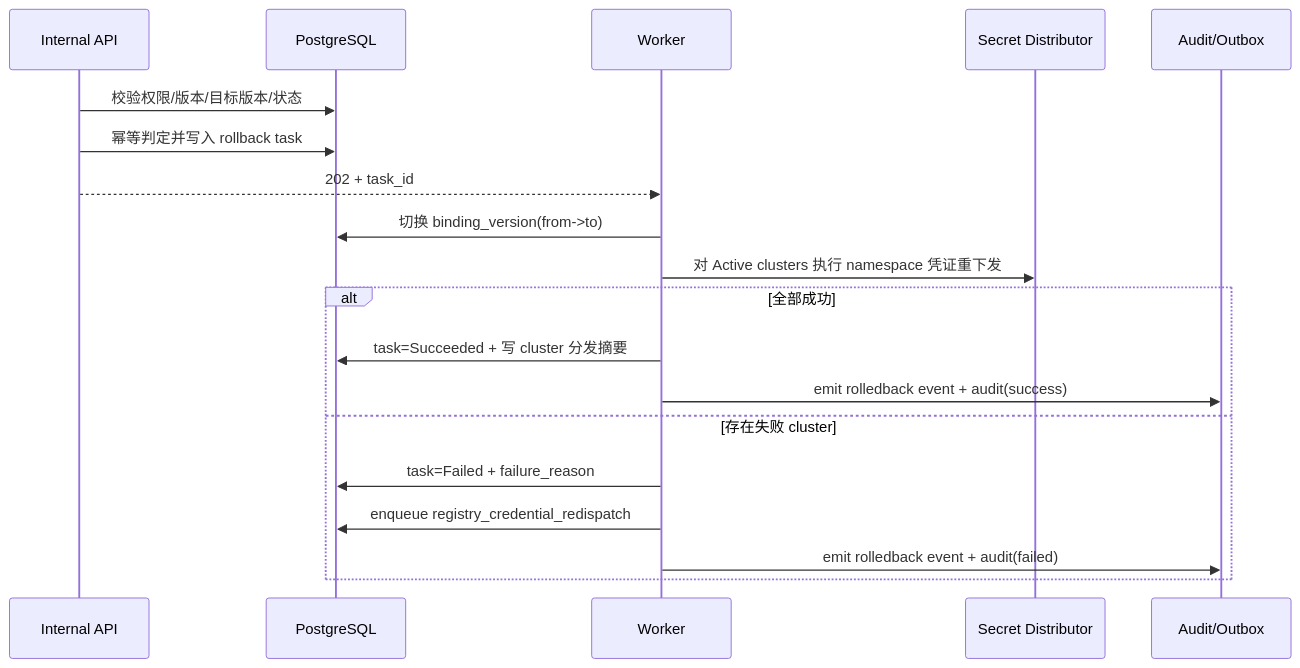
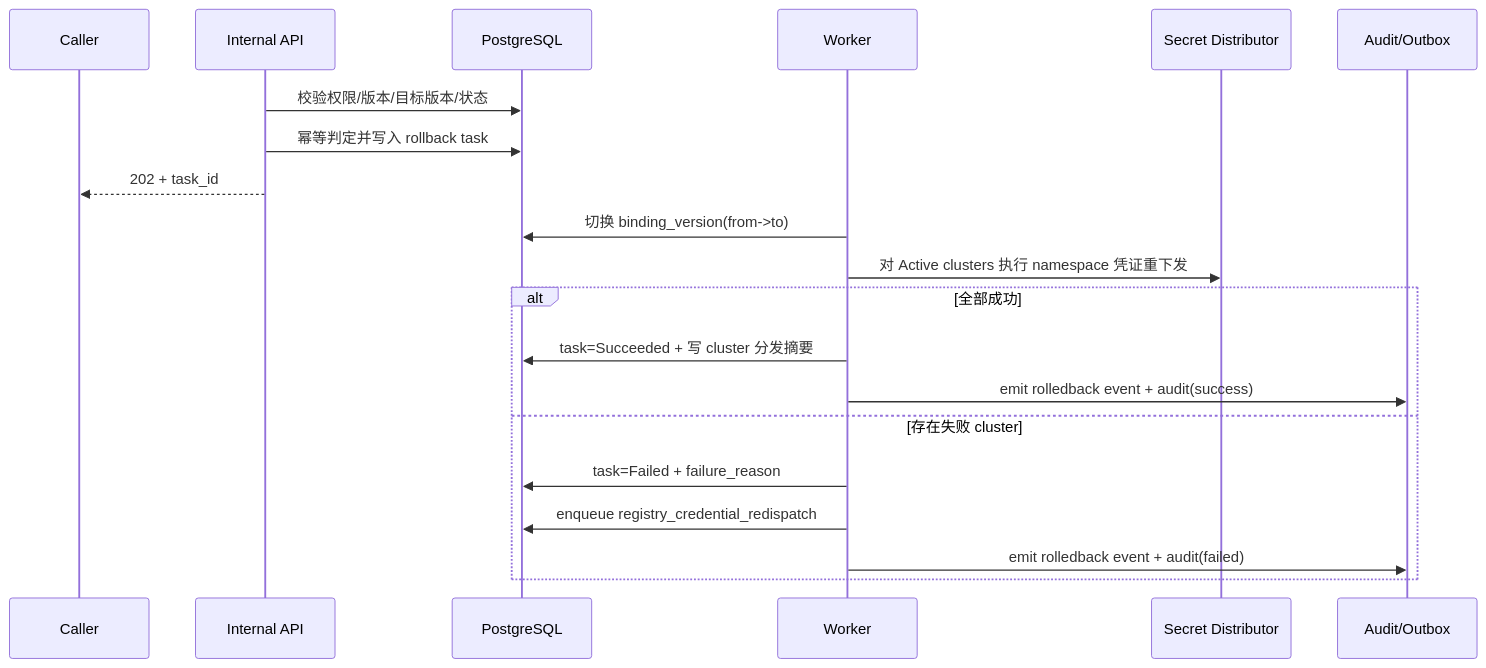
Diagram 17 of 24 in docs/design.md (sentanl869/aether), drawn with Mermaid before and after one commit. The commit also changed other lines of this file, not shown here.

Commit message:
[UPDATE]Align design Mermaid diagrams with chapter semantics

````diff
--- a/docs/design.md
+++ b/docs/design.md
@@ -2184,22 +2183,23 @@
 ```mermaid
 sequenceDiagram
+  participant U as Caller
   participant API as Internal API
   participant DB as PostgreSQL
   participant W as Worker
   participant SD as Secret Distributor
   participant A as Audit/Outbox
 
   API->>DB: 校验权限/版本/目标版本/状态
   API->>DB: 幂等判定并写入 rollback task
-  API-->>W: 202 + task_id
+  API-->>U: 202 + task_id
   W->>DB: 切换 binding_version(from->to)
   W->>SD: 对 Active clusters 执行 namespace 凭证重下发
   alt 全部成功
     W->>DB: task=Succeeded + 写 cluster 分发摘要
     W->>A: emit rolledback event + audit(success)
   else 存在失败 cluster
     W->>DB: task=Failed + failure_reason
     W->>DB: enqueue registry_credential_redispatch
     W->>A: emit rolledback event + audit(failed)
   end
 ```
````
